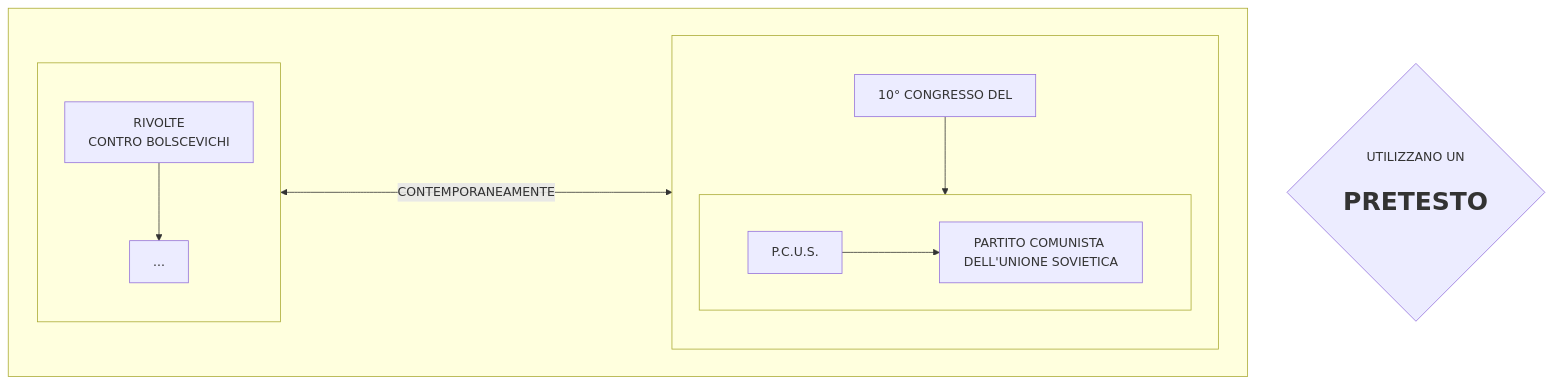
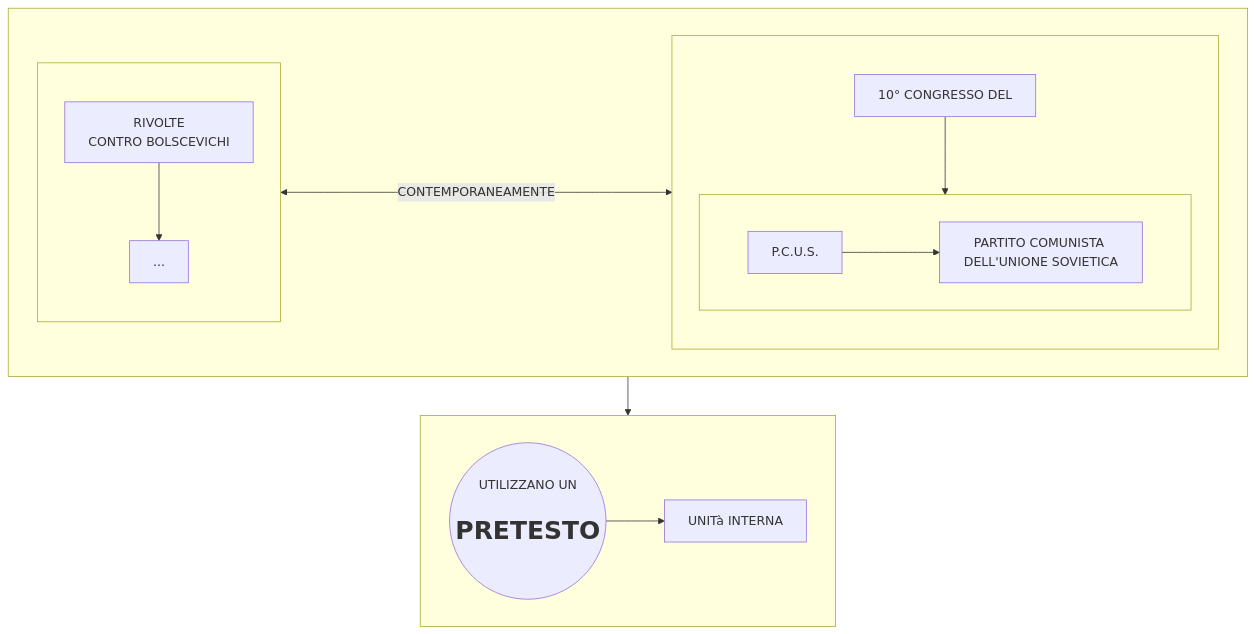
The diagram in prova.md (Laaouatni/ricerca-storia-MermaidJS), drawn with Mermaid before and after one commit.

````diff
--- a/prova.md
+++ b/prova.md
@@ -1,23 +1,28 @@
 ```mermaid
 flowchart TB
   subgraph 0[" "]
     subgraph 01[" "]
       010[RIVOLTE <br> CONTRO BOLSCEVICHI]
       011[...]
       010 --> 011
     end
     subgraph 02[" "]
       direction TB
       020[10° CONGRESSO DEL]
       subgraph 023[" "]
         direction LR
         021[P.C.U.S.]
         0210[PARTITO COMUNISTA DELL'UNIONE SOVIETICA]
         021 --> 0210
       end
       020 --> 023
     end
     01 <----->|CONTEMPORANEAMENTE| 02
   end
-  1{UTILIZZANO UN <br> <h1>PRETESTO</h1>}
+  subgraph 2[" "]
+    1((UTILIZZANO UN <br> <h1>PRETESTO</h1>))
+    10[UNITà INTERNA]
+  end
+  0 --> 2
+  1 --> 10
 ```
````
